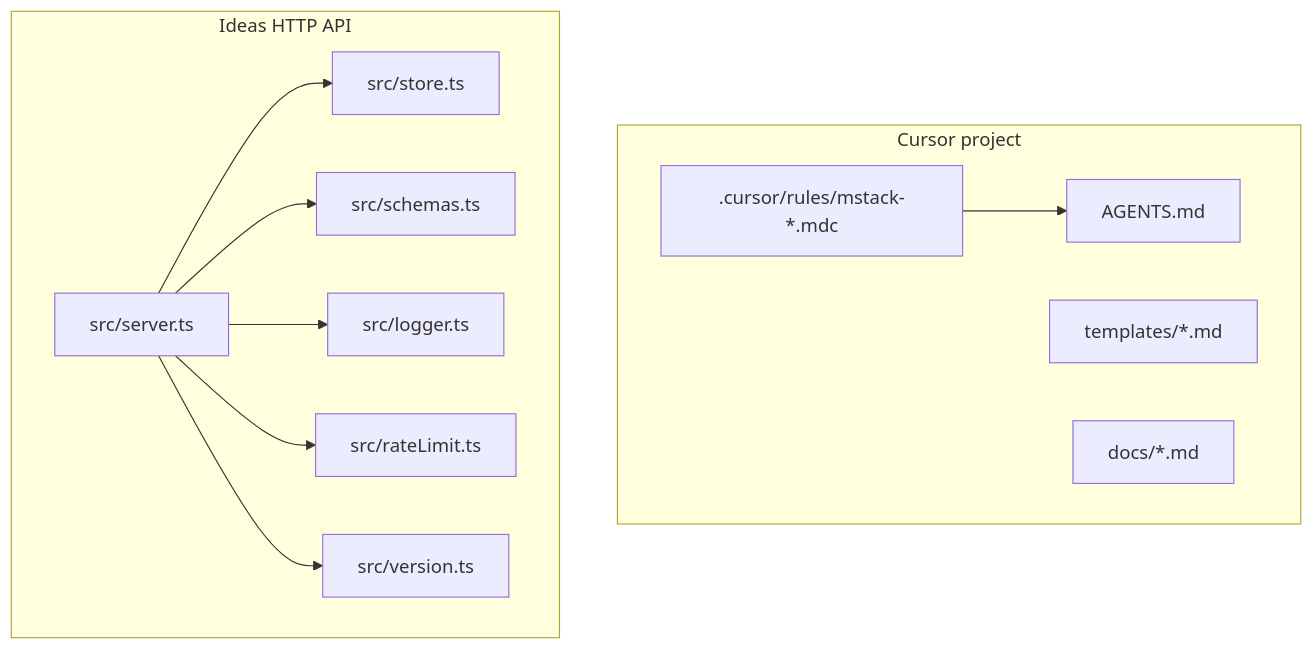
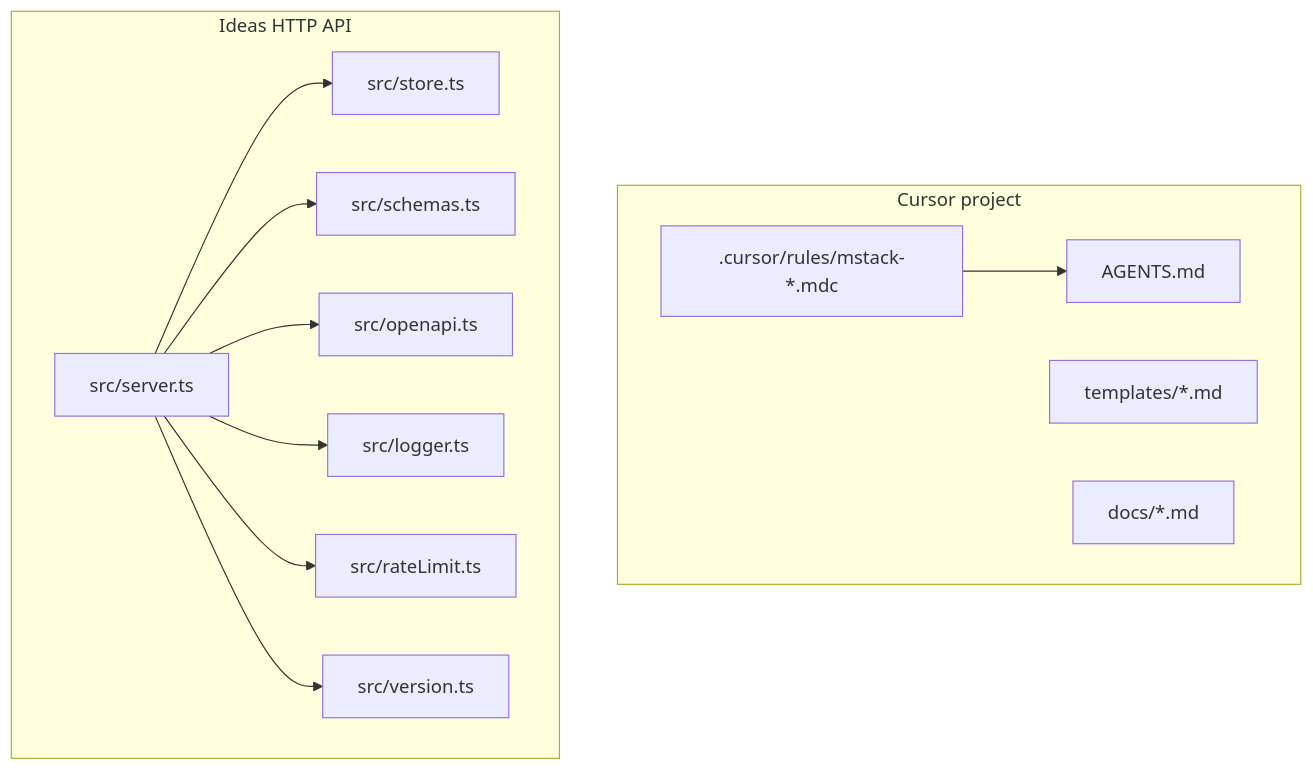
The diagram in docs/ARCHITECTURE.md (Manoj7ar/mstack), drawn with Mermaid before and after one commit. The commit also changed other lines of this file and 8 other files, not shown here.

````diff
--- a/docs/ARCHITECTURE.md
+++ b/docs/ARCHITECTURE.md
@@ -5,23 +5,25 @@
 ```mermaid
 flowchart TB
   subgraph cursor [Cursor project]
     rules[".cursor/rules/mstack-*.mdc"]
     agents["AGENTS.md"]
     templates["templates/*.md"]
     docs["docs/*.md"]
   end
   subgraph api [Ideas HTTP API]
     server["src/server.ts"]
     store["src/store.ts"]
     schemas["src/schemas.ts"]
+    openapi["src/openapi.ts"]
     log["src/logger.ts"]
     rl["src/rateLimit.ts"]
     ver["src/version.ts"]
   end
   rules --> agents
   server --> store
   server --> schemas
+  server --> openapi
   server --> log
   server --> rl
   server --> ver
 ```
````
